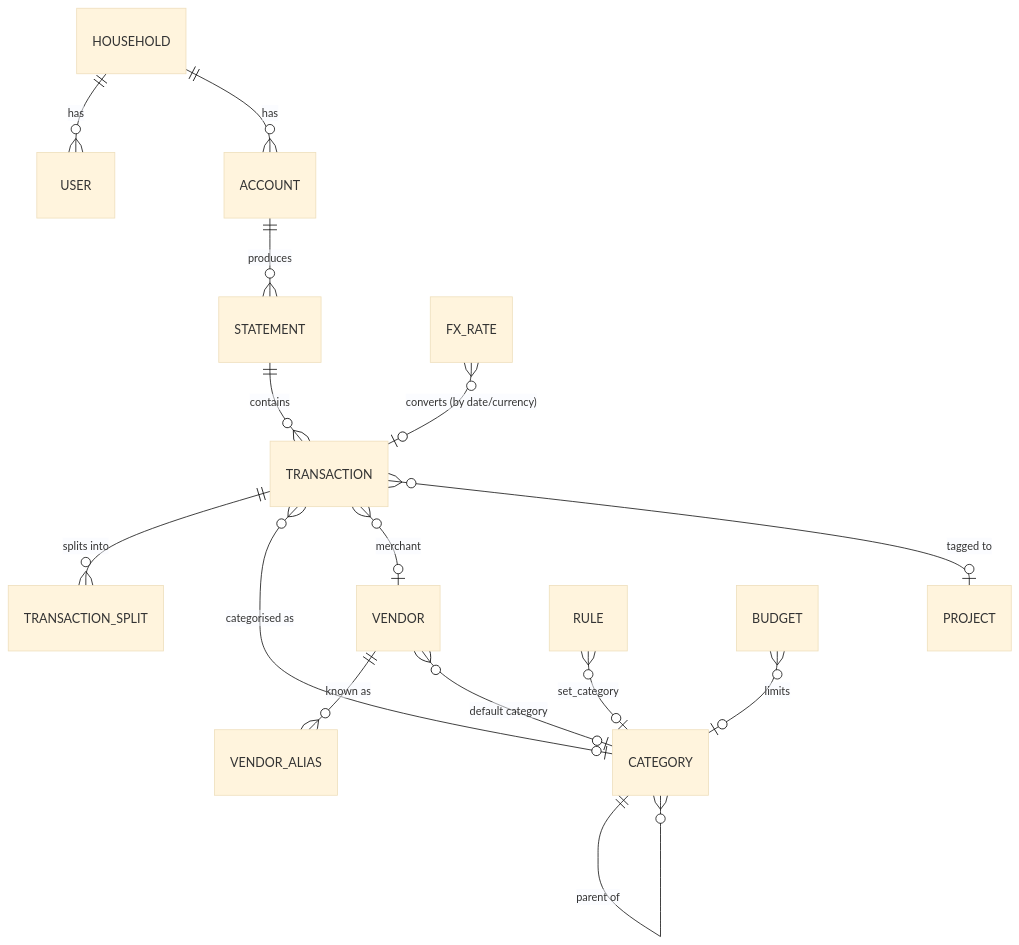
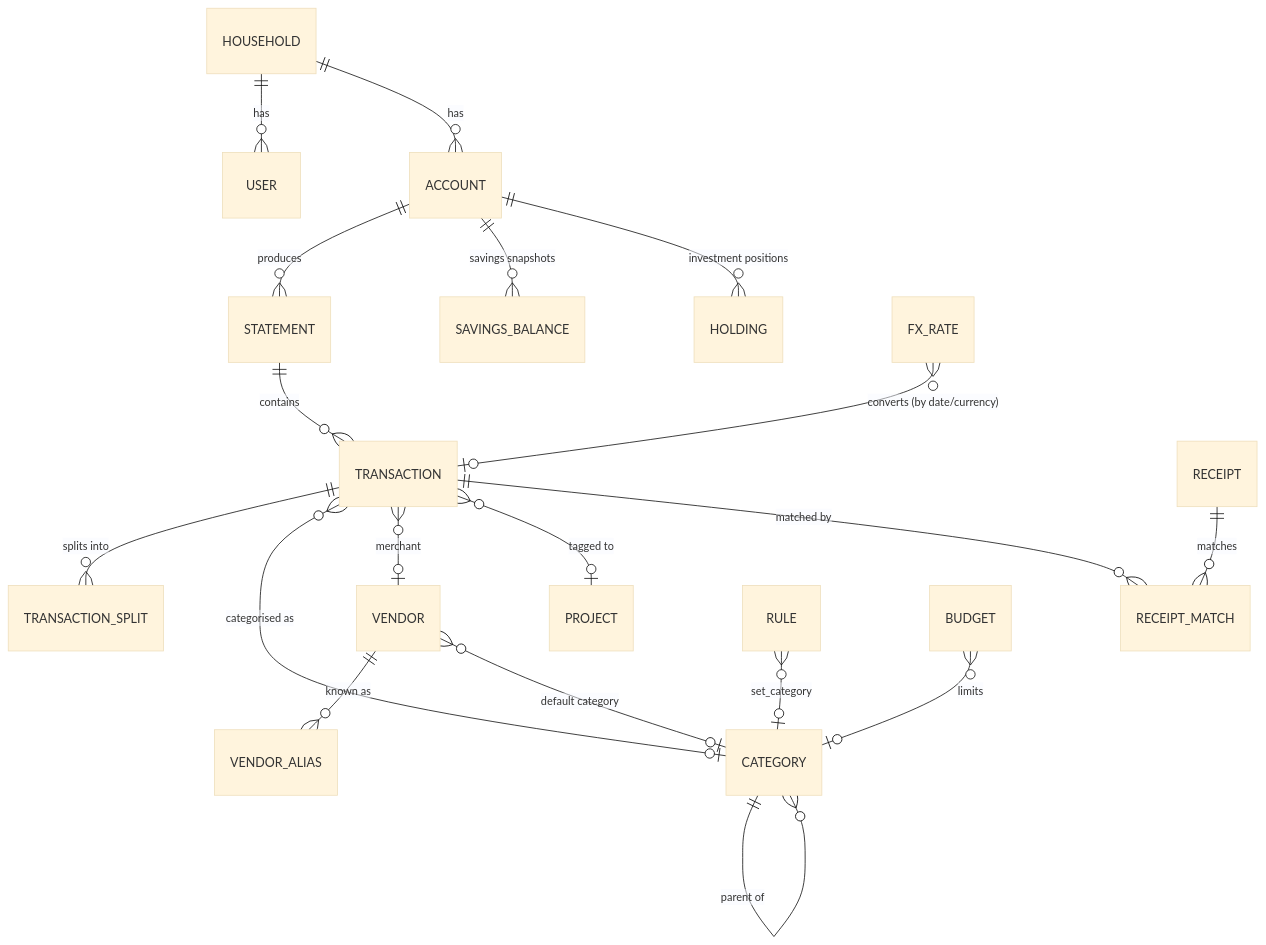
The fourth of 5 diagrams in docs/architecture.md (SpiritSLO-UK/HomeAssistant-expenses-analytics), drawn with Mermaid (base theme) before and after one commit. The commit also changed other lines of this file and 8 other files, not shown here.

````diff
--- a/docs/architecture.md
+++ b/docs/architecture.md
@@ -91,17 +103,21 @@
 ```mermaid
 erDiagram
   HOUSEHOLD ||--o{ USER : has
   HOUSEHOLD ||--o{ ACCOUNT : has
   ACCOUNT ||--o{ STATEMENT : produces
   STATEMENT ||--o{ TRANSACTION : contains
   TRANSACTION ||--o{ TRANSACTION_SPLIT : "splits into"
   TRANSACTION }o--o| CATEGORY : "categorised as"
   TRANSACTION }o--o| VENDOR : "merchant"
   TRANSACTION }o--o| PROJECT : "tagged to"
+  TRANSACTION ||--o{ RECEIPT_MATCH : "matched by"
+  RECEIPT ||--o{ RECEIPT_MATCH : "matches"
+  ACCOUNT ||--o{ SAVINGS_BALANCE : "savings snapshots"
+  ACCOUNT ||--o{ HOLDING : "investment positions"
   CATEGORY ||--o{ CATEGORY : "parent of"
   VENDOR ||--o{ VENDOR_ALIAS : "known as"
   VENDOR }o--o| CATEGORY : "default category"
   RULE }o--o| CATEGORY : "set_category"
   BUDGET }o--o| CATEGORY : "limits"
   FX_RATE }o--o| TRANSACTION : "converts (by date/currency)"
 ```
````
